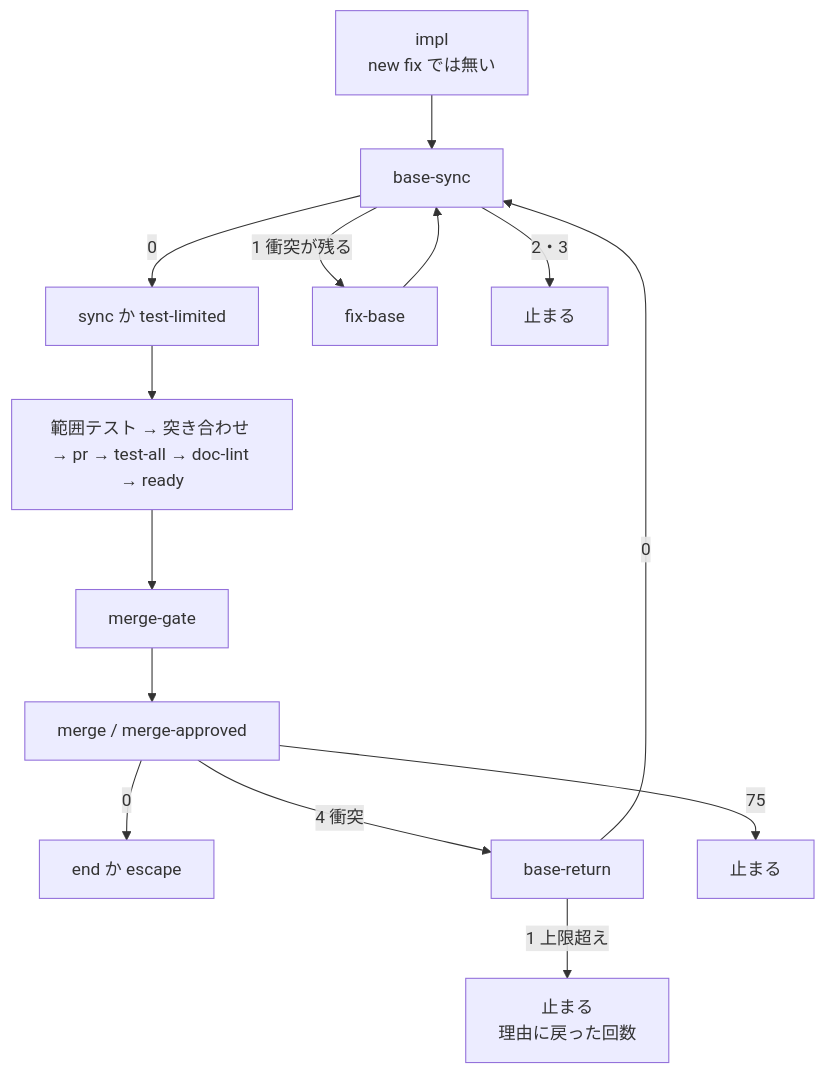
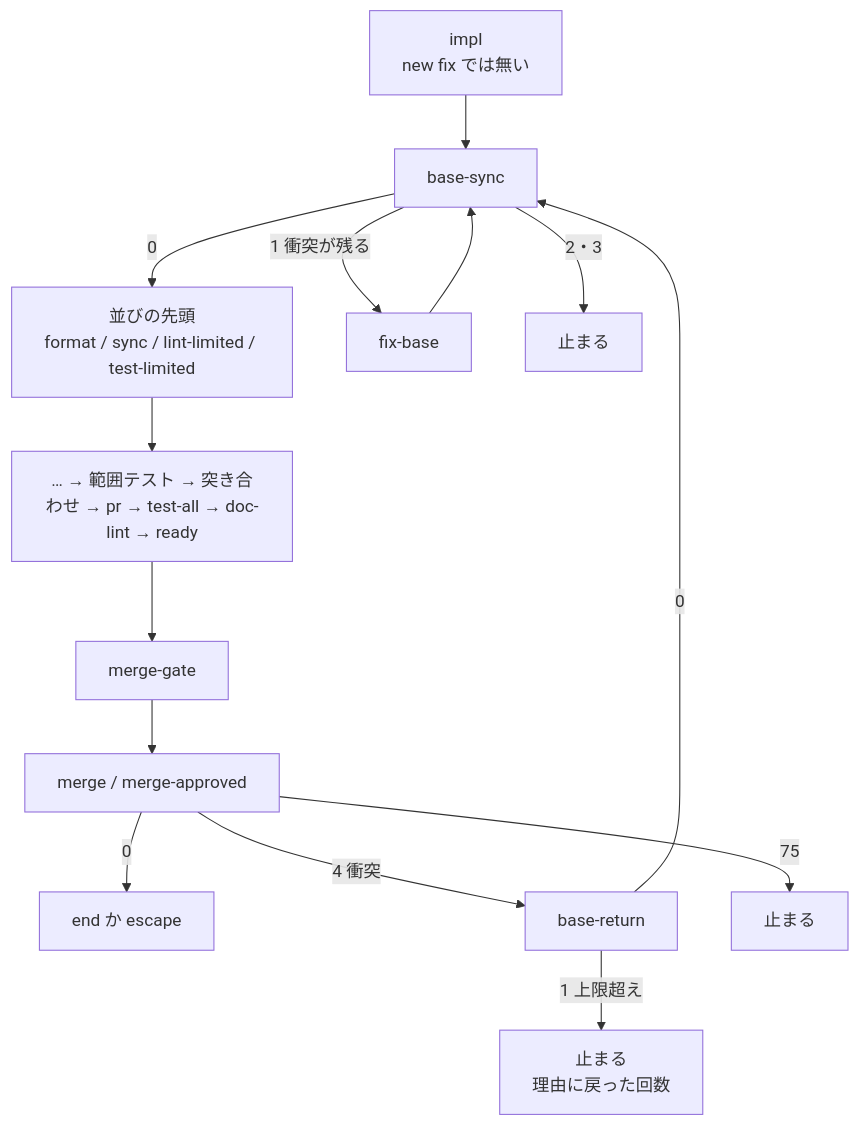
Before and after one commit to devbasex/ai-plugins: the fourth of 6 diagrams in issues/issue-1917-design.md, drawn with Mermaid. The commit also changed other lines of this file, not shown here.

Commit message:
Docs: #1917 の取り込みの後の並びを format の前に揃え、戻りの輪の印・システム構成図・非機能の表を書く

````diff
--- a/issues/issue-1917-design.md
+++ b/issues/issue-1917-design.md
@@ -265,16 +290,16 @@
 ```mermaid
 graph TD
     impl[impl<br/>new fix では無い] --> bs[base-sync]
-    bs -->|0| sync[sync か test-limited]
+    bs -->|0| sync[並びの先頭<br/>format / sync / lint-limited / test-limited]
     bs -->|1 衝突が残る| fb[fix-base]
     fb --> bs
     bs -->|2・3| stop1[止まる]
-    sync --> rest[範囲テスト → 突き合わせ → pr → test-all → doc-lint → ready]
+    sync --> rest[… → 範囲テスト → 突き合わせ → pr → test-all → doc-lint → ready]
     rest --> gate[merge-gate]
     gate --> merge[merge / merge-approved]
     merge -->|0| fin[end か escape]
     merge -->|4 衝突| br[base-return]
     merge -->|75| stop2[止まる]
     br -->|0| bs
     br -->|1 上限超え| stop3[止まる<br/>理由に戻った回数]
 ```
````
